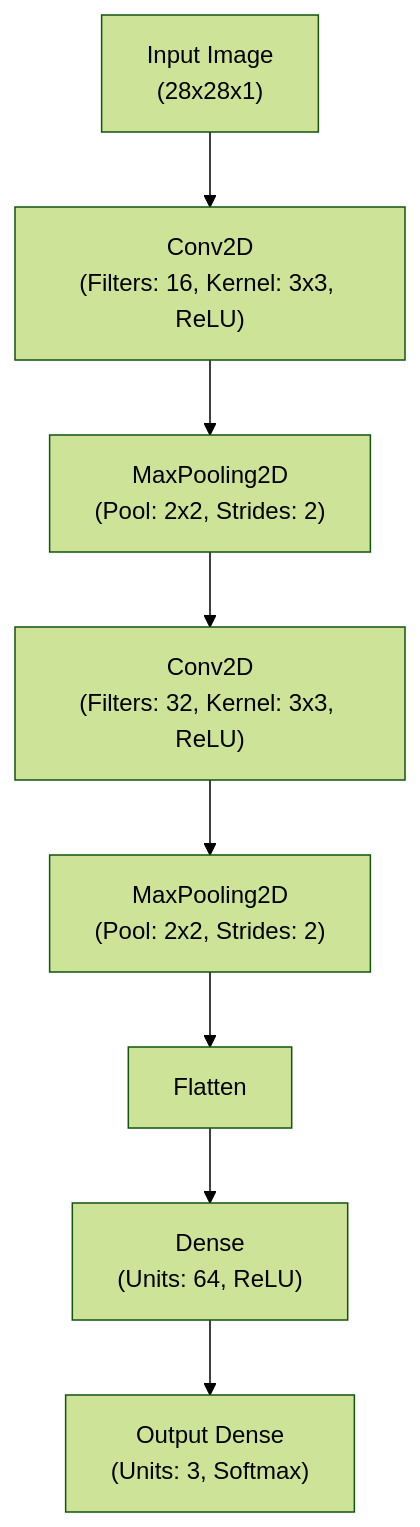
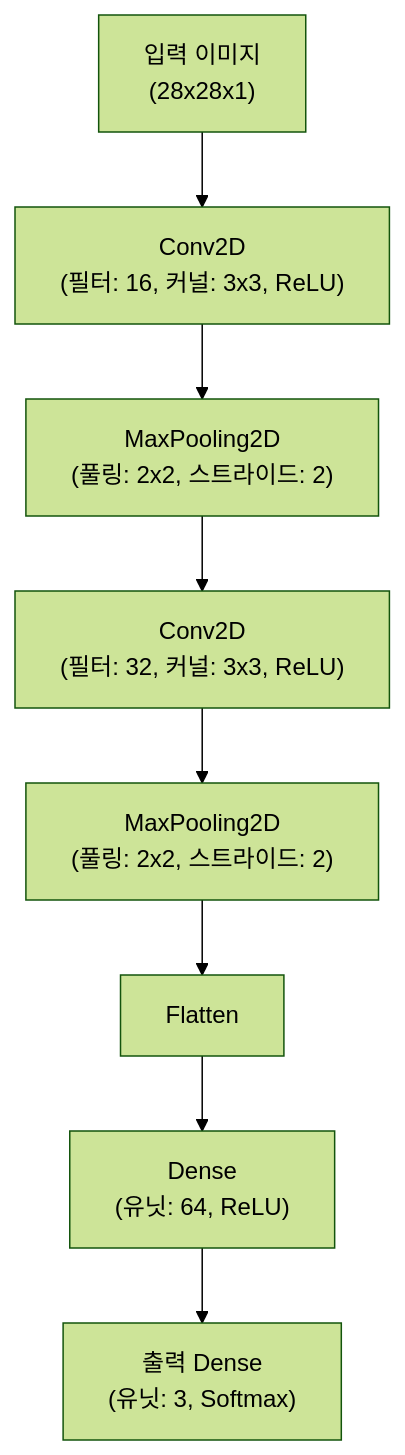
Before and after one commit to dhjo70/quick_draw: the diagram in README.md, drawn with Mermaid (forest theme). The commit also changed other lines of this file, not shown here.

````diff
--- a/README.md
+++ b/README.md
@@ -23,10 +23,10 @@
    ```mermaid
    graph TD
-       A["Input Image<br/>(28x28x1)"] --> B["Conv2D<br/>(Filters: 16, Kernel: 3x3, ReLU)"]
-       B --> C["MaxPooling2D<br/>(Pool: 2x2, Strides: 2)"]
-       C --> D["Conv2D<br/>(Filters: 32, Kernel: 3x3, ReLU)"]
-       D --> E["MaxPooling2D<br/>(Pool: 2x2, Strides: 2)"]
+       A["입력 이미지<br/>(28x28x1)"] --> B["Conv2D<br/>(필터: 16, 커널: 3x3, ReLU)"]
+       B --> C["MaxPooling2D<br/>(풀링: 2x2, 스트라이드: 2)"]
+       C --> D["Conv2D<br/>(필터: 32, 커널: 3x3, ReLU)"]
+       D --> E["MaxPooling2D<br/>(풀링: 2x2, 스트라이드: 2)"]
        E --> F["Flatten"]
-       F --> G["Dense<br/>(Units: 64, ReLU)"]
-       G --> H["Output Dense<br/>(Units: 3, Softmax)"]
+       F --> G["Dense<br/>(유닛: 64, ReLU)"]
+       G --> H["출력 Dense<br/>(유닛: 3, Softmax)"]
    ```
````
